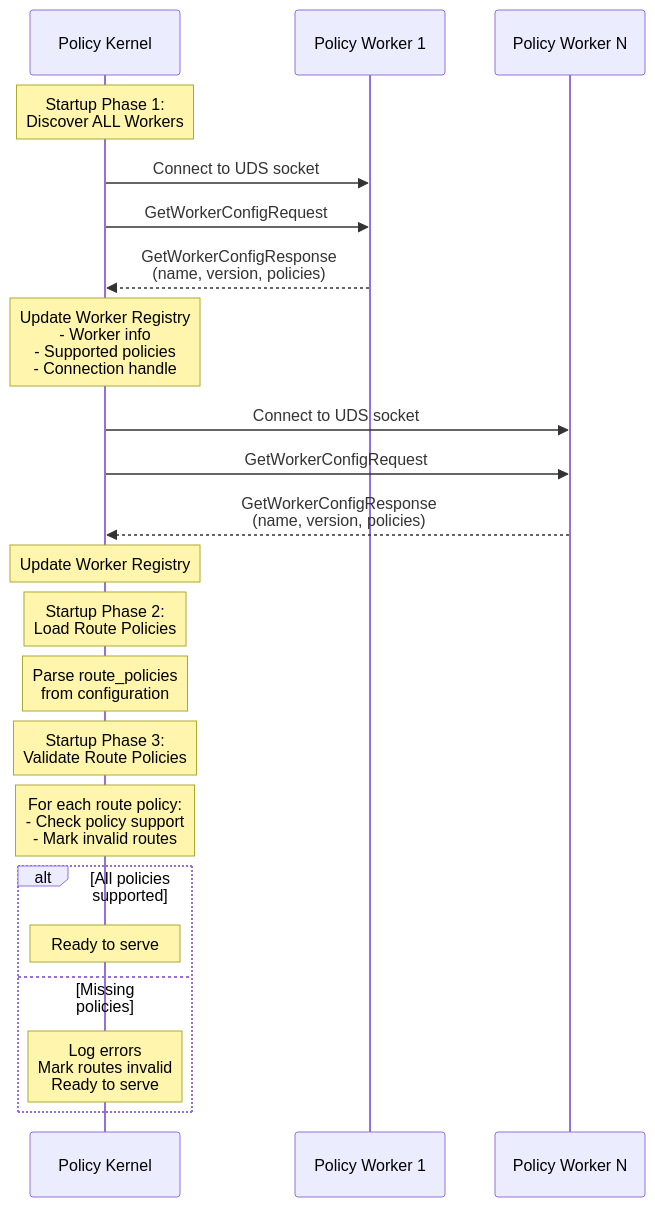
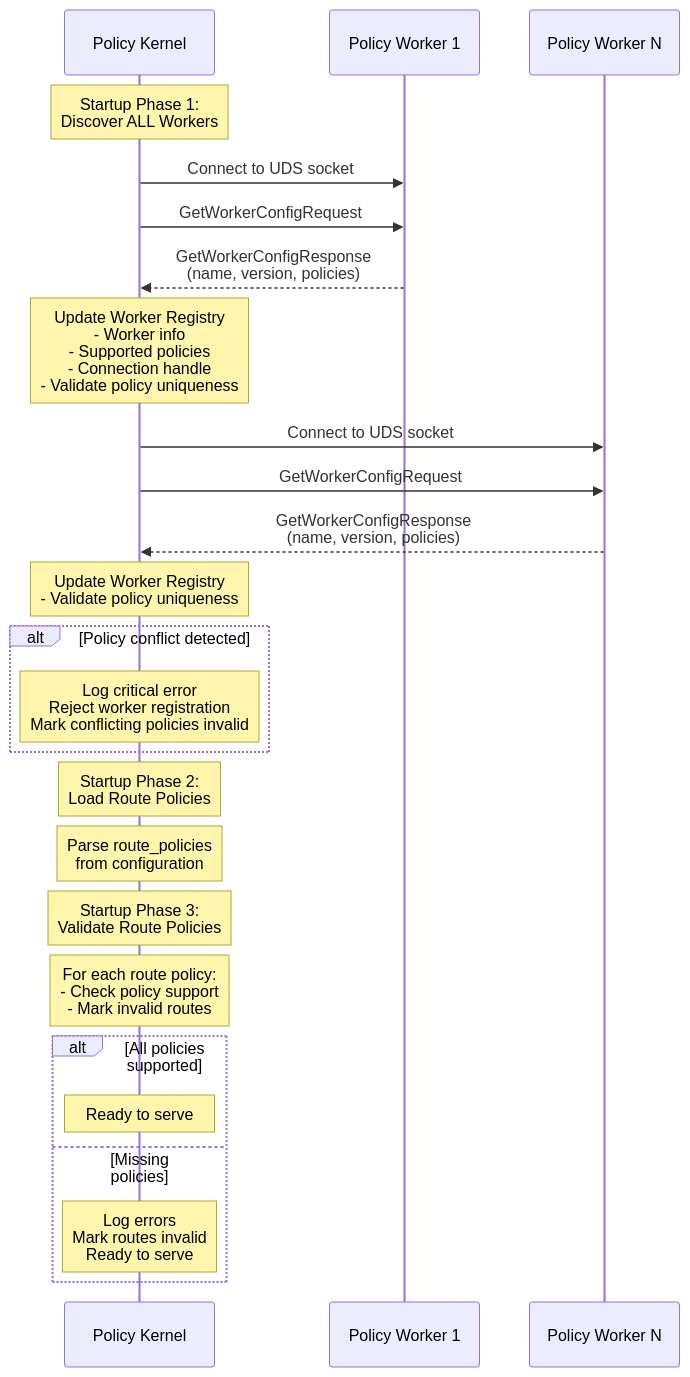
One commit to renuka-fernando/envoy-policy-engine changed the second of 7 diagrams in policy-kernel/SPEC.md. Above: the diagram before and after it, drawn with Mermaid. The commit also changed other lines of this file, not shown here.

Commit message:
Update spec: Enforce policy uniqueness constraint in worker registration and validation

````diff
--- a/policy-kernel/SPEC.md
+++ b/policy-kernel/SPEC.md
@@ -496,34 +496,38 @@
 ```mermaid
 sequenceDiagram
     participant Kernel as Policy Kernel
     participant Worker1 as Policy Worker 1
     participant WorkerN as Policy Worker N
 
     Note over Kernel: Startup Phase 1:<br/>Discover ALL Workers
 
     Kernel->>Worker1: Connect to UDS socket
     Kernel->>Worker1: GetWorkerConfigRequest
     Worker1-->>Kernel: GetWorkerConfigResponse<br/>(name, version, policies)
 
-    Note over Kernel: Update Worker Registry<br/>- Worker info<br/>- Supported policies<br/>- Connection handle
+    Note over Kernel: Update Worker Registry<br/>- Worker info<br/>- Supported policies<br/>- Connection handle<br/>- Validate policy uniqueness
 
     Kernel->>WorkerN: Connect to UDS socket
     Kernel->>WorkerN: GetWorkerConfigRequest
     WorkerN-->>Kernel: GetWorkerConfigResponse<br/>(name, version, policies)
 
-    Note over Kernel: Update Worker Registry
+    Note over Kernel: Update Worker Registry<br/>- Validate policy uniqueness
+
+    alt Policy conflict detected
+        Note over Kernel: Log critical error<br/>Reject worker registration<br/>Mark conflicting policies invalid
+    end
 
     Note over Kernel: Startup Phase 2:<br/>Load Route Policies
 
     Note over Kernel: Parse route_policies<br/>from configuration
 
     Note over Kernel: Startup Phase 3:<br/>Validate Route Policies
 
     Note over Kernel: For each route policy:<br/>- Check policy support<br/>- Mark invalid routes
 
     alt All policies supported
         Note over Kernel: Ready to serve
     else Missing policies
         Note over Kernel: Log errors<br/>Mark routes invalid<br/>Ready to serve
     end
 ```
````
